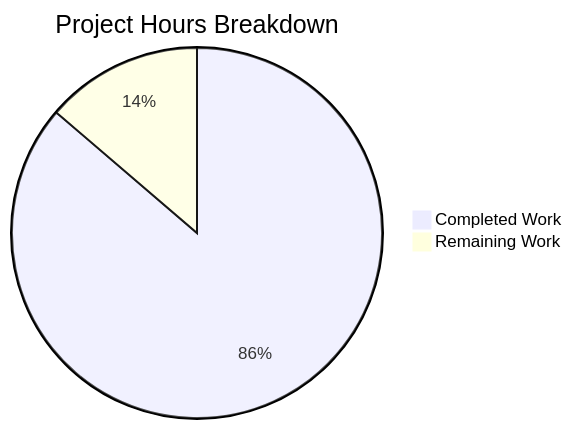
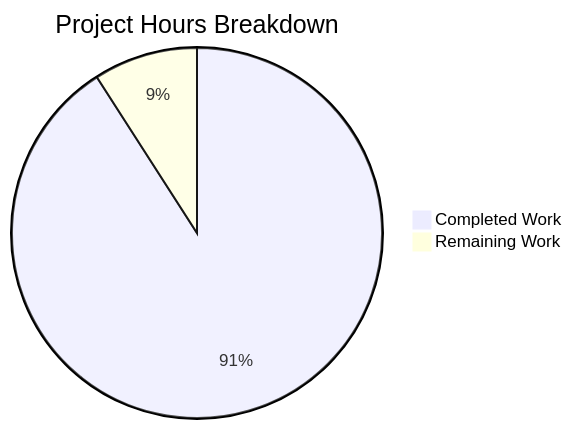
Before and after one commit to lakshya-blitzy/Dec_repo_with_valid_mul_files: the diagram in blitzy/documentation/Project Guide.md, drawn with Mermaid. The commit also changed other lines of this file, not shown here.

Commit message:
Adding Blitzy Project Guide: Project Status and Human Tasks Remaining

````diff
--- a/blitzy/documentation/Project Guide.md
+++ b/blitzy/documentation/Project Guide.md
@@ -28,5 +101,5 @@
 ```mermaid
 pie title Project Hours Breakdown
-    "Completed Work" : 88
-    "Remaining Work" : 14
+    "Completed Work" : 70
+    "Remaining Work" : 7
 ```
````
